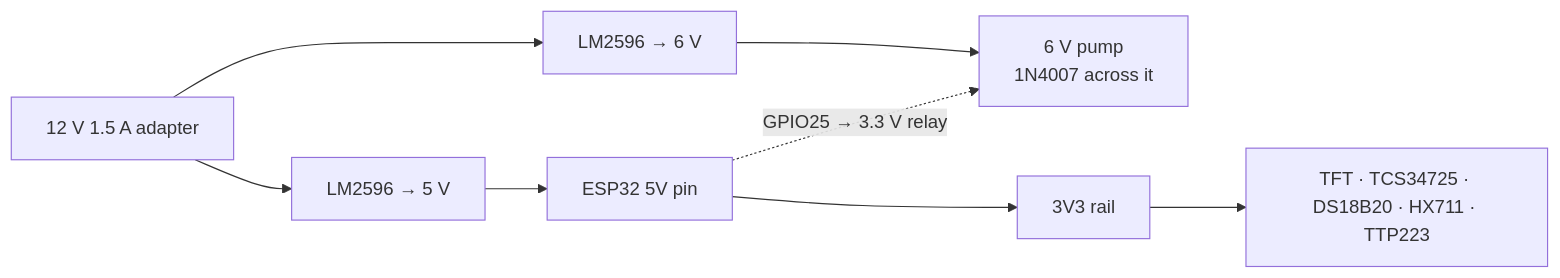
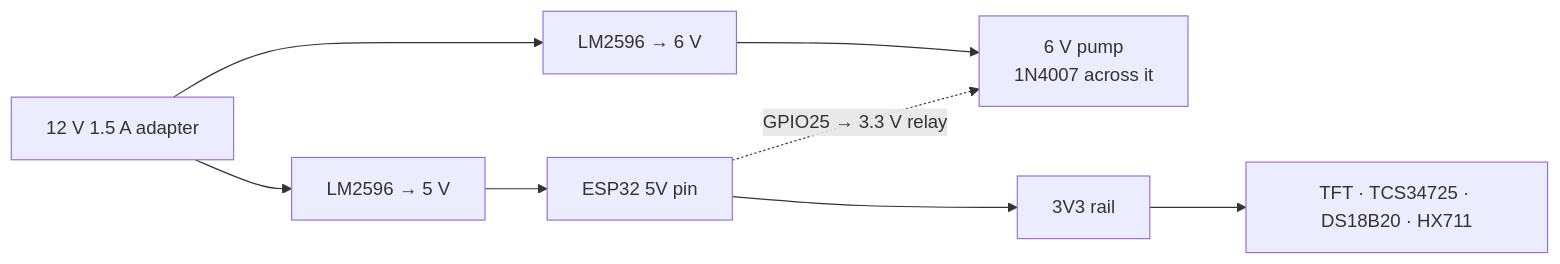
Before and after one commit to nikk-0712/aquamilk-detect: the second of 2 diagrams in README.md, drawn with Mermaid. The commit also changed other lines of this file and 2 other files, not shown here.

First line of the commit message:
Docs: drop TTP223 / gestures, describe browser-only deployment control

````diff
--- a/README.md
+++ b/README.md
@@ -123,7 +123,7 @@
 ```mermaid
 flowchart LR
   ADP["12 V 1.5 A adapter"] --> B1["LM2596 → 6 V"] --> PUMP["6 V pump<br/>1N4007 across it"]
   ADP --> B2["LM2596 → 5 V"] --> ESP["ESP32 5V pin"]
-  ESP --> R3["3V3 rail"] --> SENSORS["TFT · TCS34725 · DS18B20 · HX711 · TTP223"]
+  ESP --> R3["3V3 rail"] --> SENSORS["TFT · TCS34725 · DS18B20 · HX711"]
   ESP -.->|"GPIO25 → 3.3 V relay"| PUMP
 ```
````
